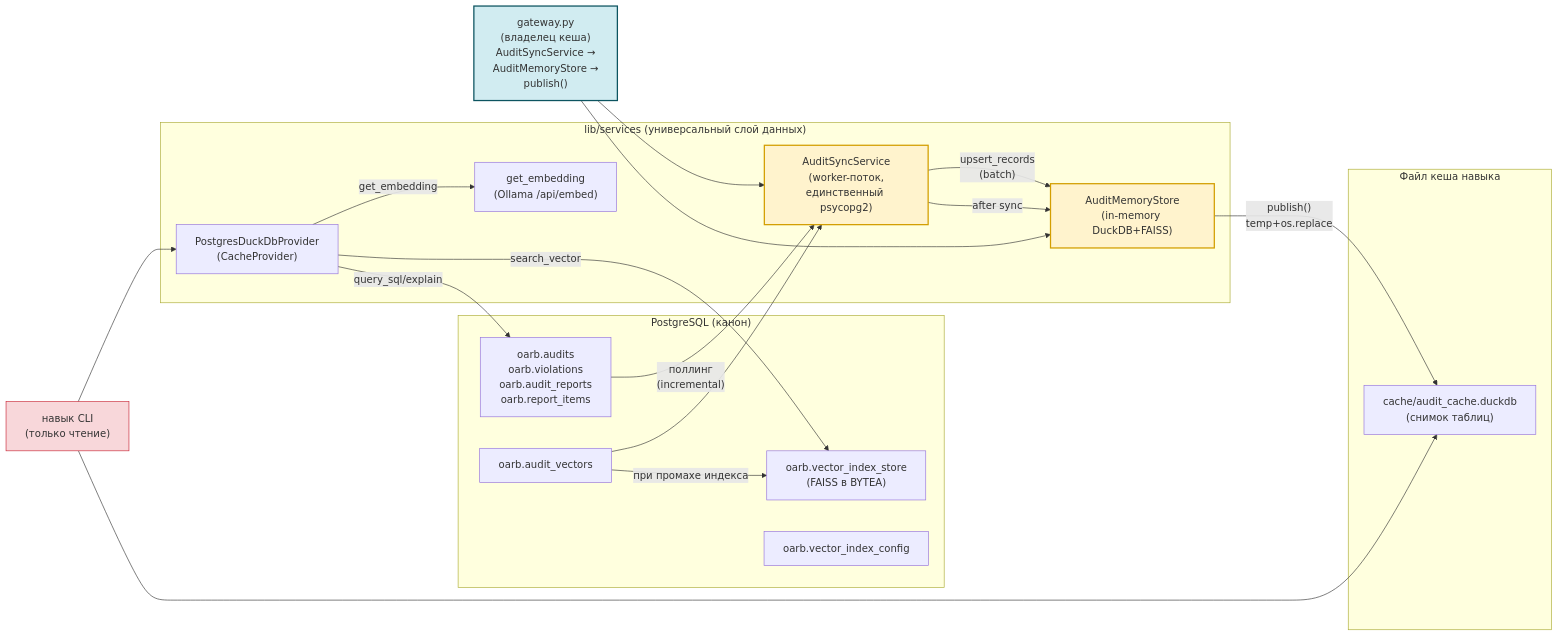
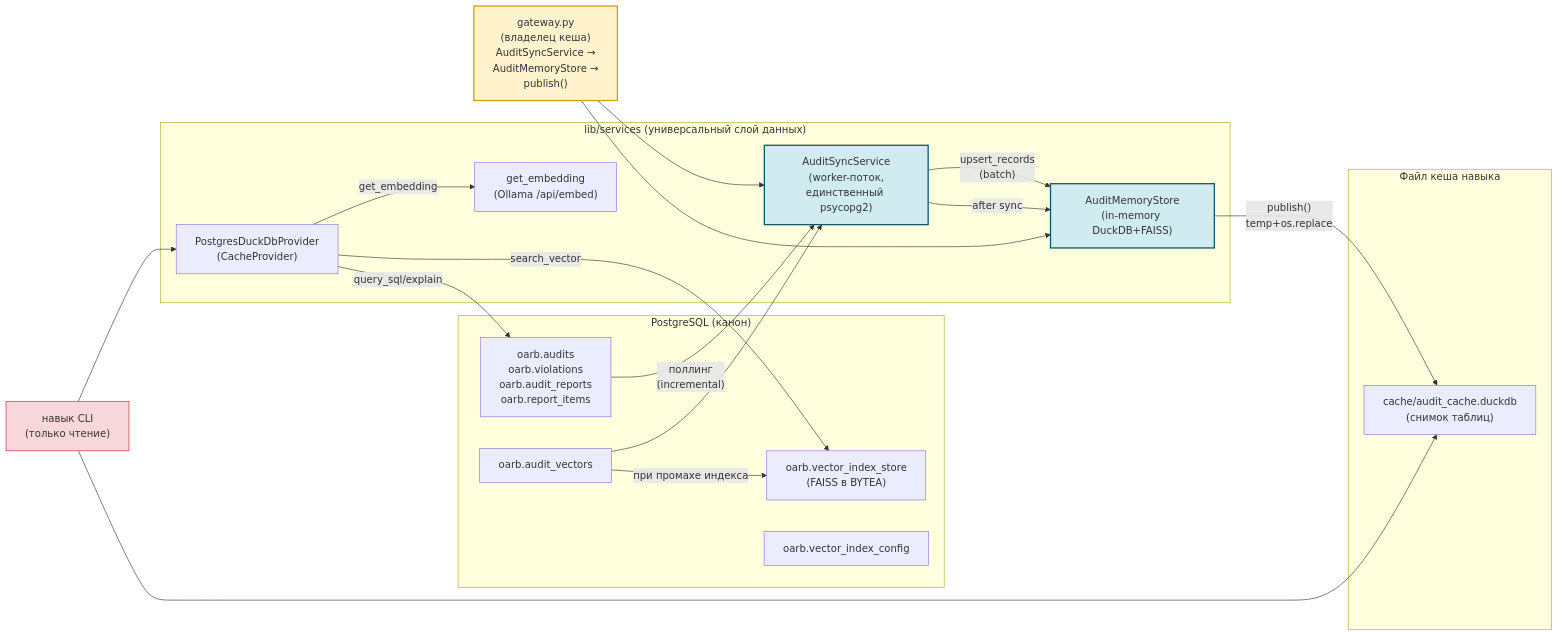
One commit to AlexEgorov85/workspaces_nanobot changed the first of 2 diagrams in DEVELOPMENT.md. Above: the diagram before and after it, drawn with Mermaid. The commit also changed other lines of this file and 19 other files, not shown here.

````diff
--- a/DEVELOPMENT.md
+++ b/DEVELOPMENT.md
@@ -40,45 +40,45 @@
 ```mermaid
 flowchart LR
     subgraph PG["PostgreSQL (канон)"]
         AUDITS["oarb.audits<br/>oarb.violations<br/>oarb.audit_reports<br/>oarb.report_items"]
         VECTORS["oarb.audit_vectors"]
         STORE["oarb.vector_index_store<br/>(FAISS в BYTEA)"]
         CONFIG["oarb.vector_index_config"]
     end
 
     subgraph SERVICES["lib/services (универсальный слой данных)"]
         SYNC["AuditSyncService<br/>(worker-поток,<br/>единственный psycopg2)"]
         STORE_SVC["AuditMemoryStore<br/>(in-memory DuckDB+FAISS)"]
         PROV["PostgresDuckDbProvider<br/>(CacheProvider)"]
         EMBED["get_embedding<br/>(Ollama /api/embed)"]
     end
 
     subgraph ARTIFACT["Файл кеша навыка"]
         DUCK["cache/audit_cache.duckdb<br/>(снимок таблиц)"]
     end
 
     AUDITS -->|"поллинг<br/>(incremental)"| SYNC
     VECTORS --> SYNC
     SYNC -->|"upsert_records<br/>(batch)"| STORE_SVC
     SYNC -->|"after sync"| STORE_SVC
     STORE_SVC -->|"publish()<br/>temp+os.replace"| DUCK
     VECTORS -->|"при промахе индекса"| STORE
     PROV -->|"query_sql/explain"| AUDITS
     PROV -->|"search_vector"| STORE
     PROV -->|"get_embedding"| EMBED
 
     GATEWAY["gateway.py<br/>(владелец кеша)<br/>AuditSyncService →<br/>AuditMemoryStore →<br/>publish()"]
     CLI["навык CLI<br/>(только чтение)"]
 
     GATEWAY --> SYNC
     GATEWAY --> STORE_SVC
     CLI --> DUCK
     CLI --> PROV
 
-    classDef v2 fill:#fff3cd,stroke:#d39e00,stroke-width:2px
-    classDef owner fill:#d1ecf1,stroke:#0c5460,stroke-width:2px
+    classDef service fill:#d1ecf1,stroke:#0c5460,stroke-width:2px
+    classDef owner fill:#fff3cd,stroke:#d39e00,stroke-width:2px
     classDef consumer fill:#f8d7da,stroke:#c82333
-    class SYNC,STORE_SVC v2
+    class SYNC,STORE_SVC service
     class GATEWAY owner
     class CLI consumer
 ```
````
